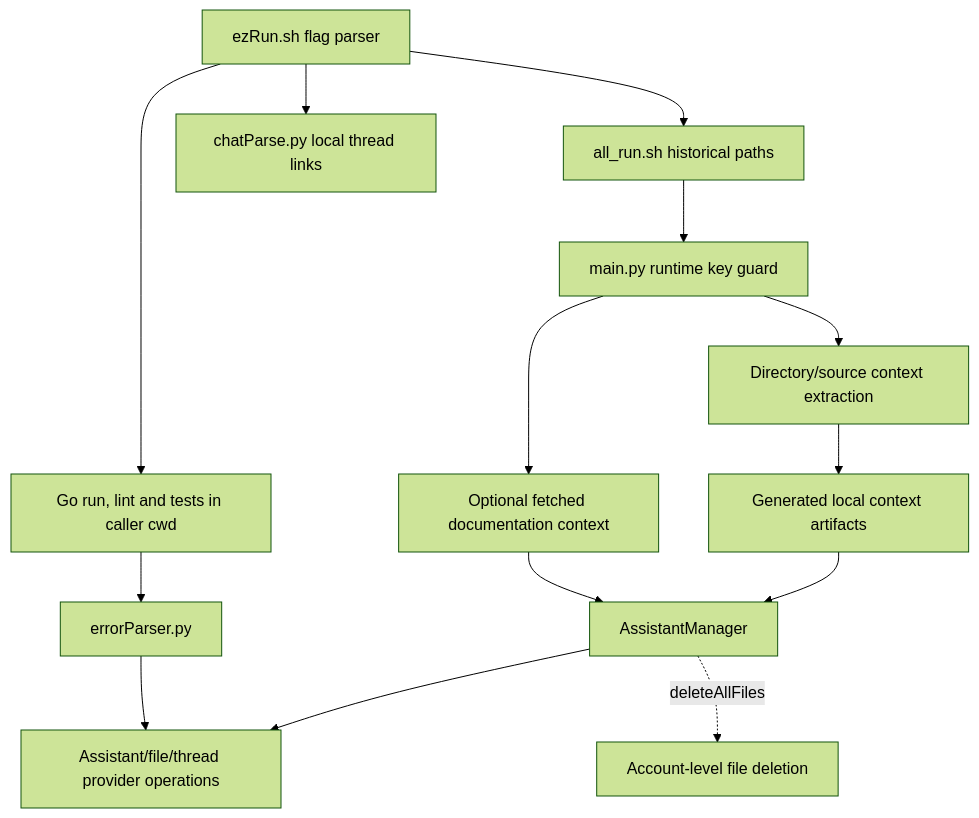
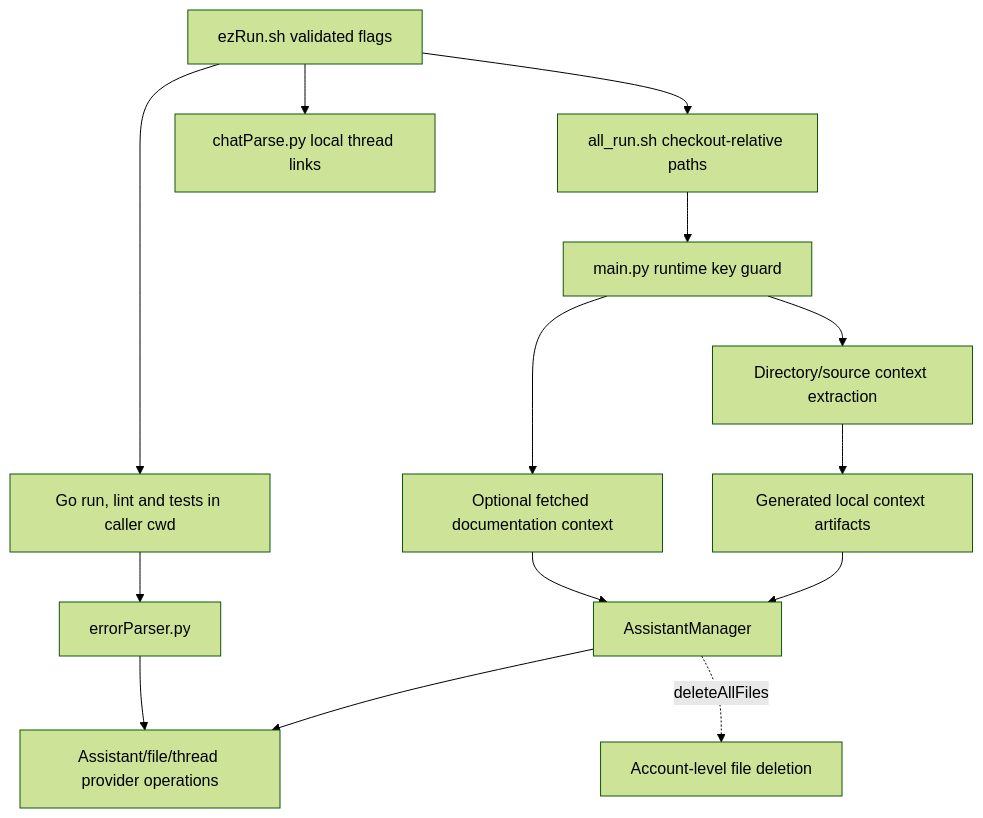
One commit to jckail/goPilot changed the diagram in docs/architecture.mdx. Above: the diagram before and after it, drawn with Mermaid (forest theme). The commit also changed other lines of this file and 8 other files, not shown here.

````diff
--- a/docs/architecture.mdx
+++ b/docs/architecture.mdx
@@ -9,16 +9,16 @@
 ```mermaid
 flowchart TD
-  Wrapper[ezRun.sh flag parser] --> Forward[all_run.sh historical paths]
+  Wrapper[ezRun.sh validated flags] --> Forward[all_run.sh checkout-relative paths]
   Forward --> Entry[main.py runtime key guard]
   Entry --> Walk[Directory/source context extraction]
   Walk --> Files[Generated local context artifacts]
   Entry --> Fetch[Optional fetched documentation context]
   Files --> Manager[AssistantManager]
   Fetch --> Manager
   Manager --> Remote[Assistant/file/thread provider operations]
   Wrapper --> Checks[Go run, lint and tests in caller cwd]
   Checks --> Parse[errorParser.py]
   Parse --> Remote
   Wrapper --> Links[chatParse.py local thread links]
   Manager -. deleteAllFiles .-> Account[Account-level file deletion]
 ```
````
